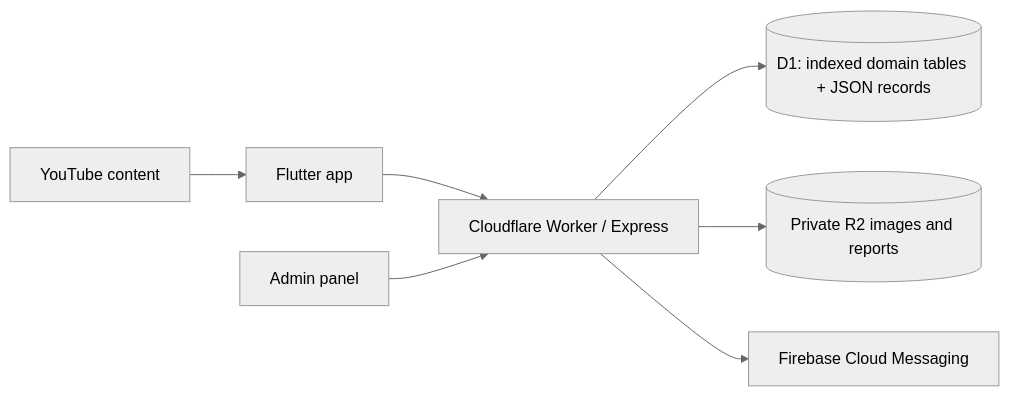
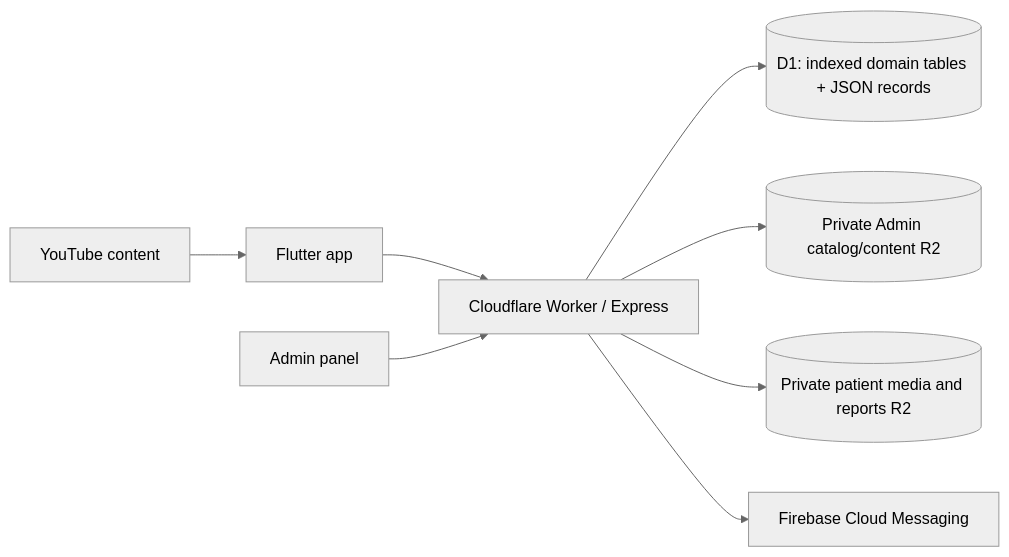
One commit to Dr-Hair-App/dr_hair_backend changed the diagram in docs/DATA_ARCHITECTURE_AND_API_DESIGN.md. Above: the diagram before and after it, drawn with Mermaid (neutral theme). The commit also changed other lines of this file and 47 other files, not shown here.

````diff
--- a/docs/DATA_ARCHITECTURE_AND_API_DESIGN.md
+++ b/docs/DATA_ARCHITECTURE_AND_API_DESIGN.md
@@ -7,9 +7,10 @@
 ```mermaid
 flowchart LR
   App[Flutter app] --> API[Cloudflare Worker / Express]
   Admin[Admin panel] --> API
   API --> D1[(D1: indexed domain tables + JSON records)]
-  API --> R2[(Private R2 images and reports)]
+  API --> AdminR2[(Private Admin catalog/content R2)]
+  API --> UserR2[(Private patient media and reports R2)]
   API --> FCM[Firebase Cloud Messaging]
   Content[YouTube content] --> App
 ```
````
